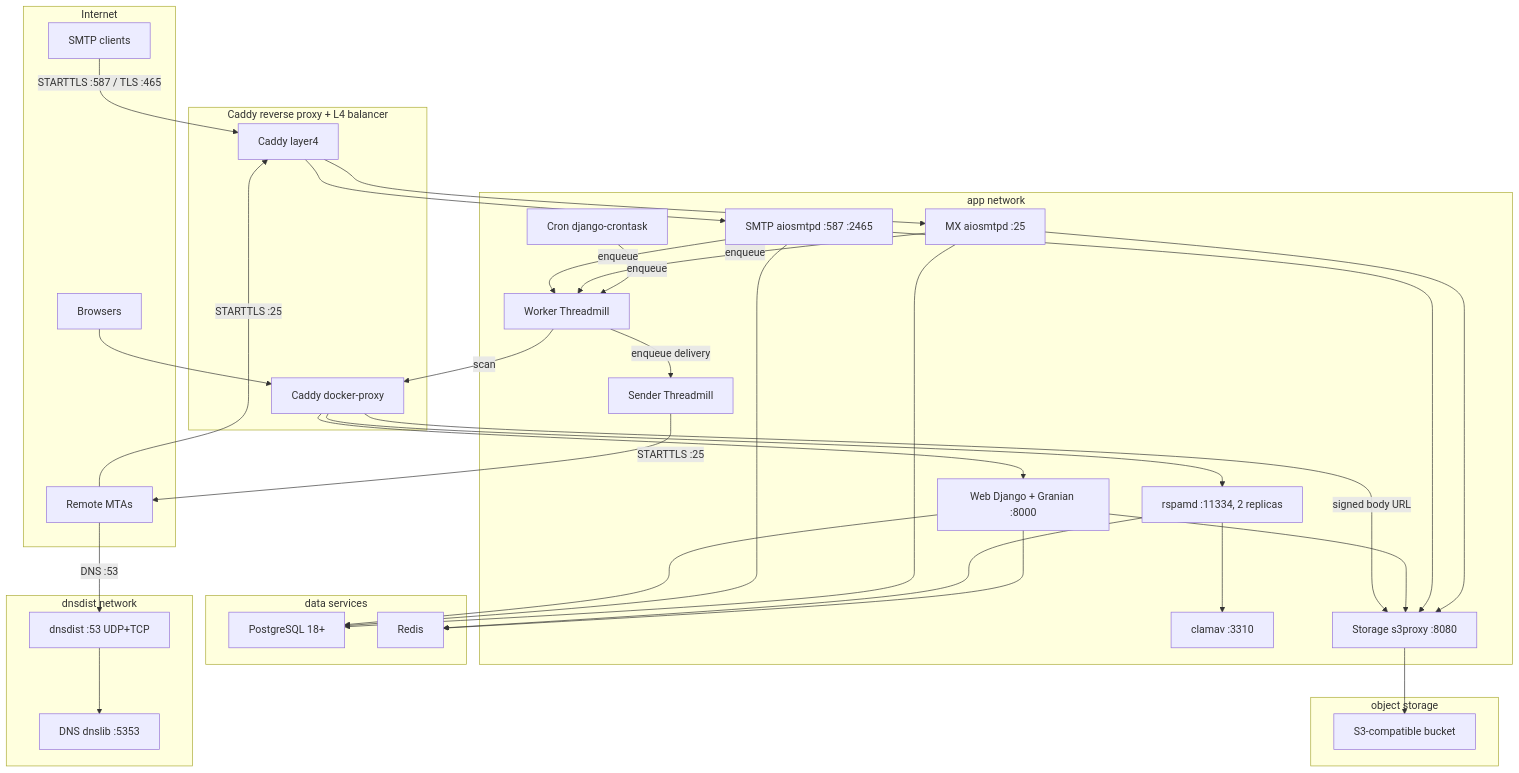
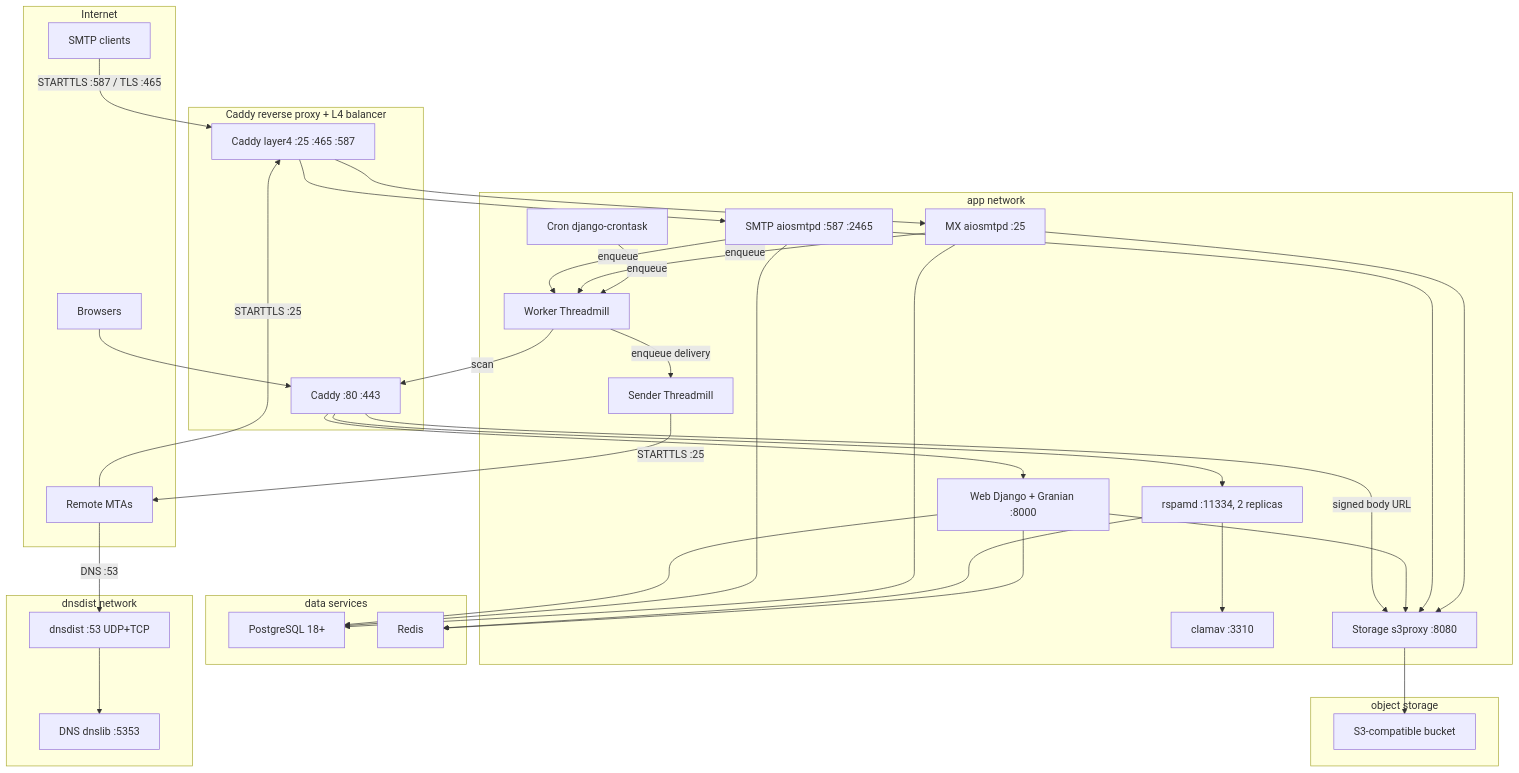
One commit to codingjoe/relay changed the first of 2 diagrams in README.md. Above: the diagram before and after it, drawn with Mermaid. The commit also changed other lines of this file and 25 other files, not shown here.

````diff
--- a/README.md
+++ b/README.md
@@ -96,66 +109,66 @@
 ```mermaid
 flowchart TD
     subgraph internet[Internet]
         client[SMTP clients]
         sender[Remote MTAs]
         browser[Browsers]
     end
 
     subgraph caddy[Caddy reverse proxy + L4 balancer]
-        caddy_proxy[Caddy docker-proxy]
-        caddy_l4[Caddy layer4]
+        caddy_proxy[Caddy :80 :443]
+        caddy_l4[Caddy layer4 :25 :465 :587]
     end
 
     subgraph app[app network]
         web[Web Django + Granian :8000]
         msa[SMTP aiosmtpd :587 :2465]
         mta[MX aiosmtpd :25]
         worker[Worker Threadmill]
         mail_sender[Sender Threadmill]
         scheduler[Cron django-crontask]
         rspamd[rspamd :11334, 2 replicas]
         clamav[clamav :3310]
         s3proxy[Storage s3proxy :8080]
     end
 
     subgraph data[data services]
         pg[PostgreSQL 18+]
         redis[Redis]
     end
 
     subgraph storage[object storage]
         s3[S3-compatible bucket]
     end
 
     subgraph dns[dnsdist network]
         dnsdist[dnsdist :53 UDP+TCP]
         dns_ns[DNS dnslib :5353]
     end
 
     browser --> caddy_proxy
     caddy_proxy --> web
     caddy_proxy -->|signed body URL| s3proxy
     client -->|STARTTLS :587 / TLS :465| caddy_l4
     sender -->|STARTTLS :25| caddy_l4
     caddy_l4 --> msa
     caddy_l4 --> mta
     msa -->|enqueue| worker
     mta -->|enqueue| worker
     worker -->|enqueue delivery| mail_sender
     scheduler -->|enqueue| worker
     mail_sender -->|STARTTLS :25| sender
     worker -->|scan| caddy_proxy
     caddy_proxy --> rspamd
     rspamd --> redis
     rspamd --> clamav
     web --> pg
     web --> redis
     web --> s3proxy
     msa --> pg
     msa --> s3proxy
     mta --> pg
     mta --> s3proxy
     s3proxy --> s3
     dnsdist --> dns_ns
     sender -->|DNS :53| dnsdist
 ```
````
